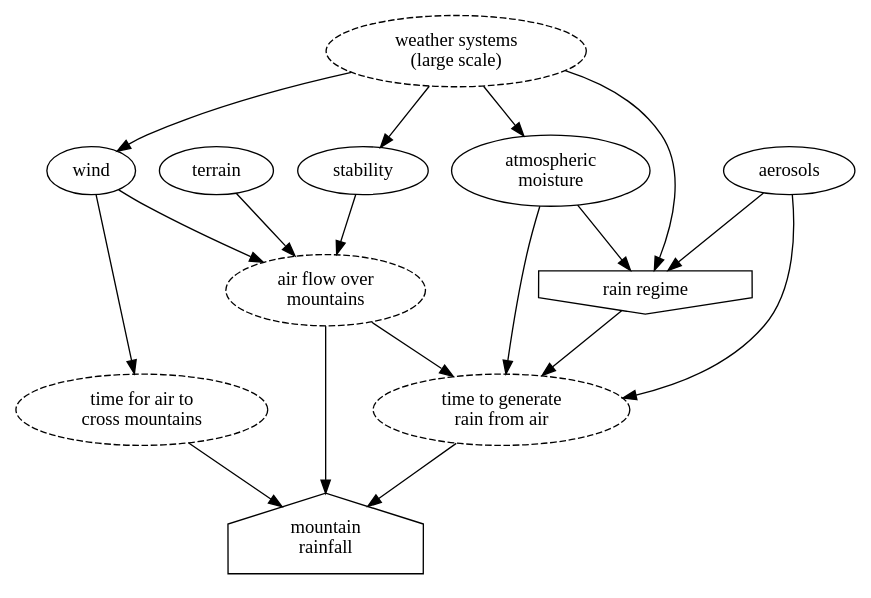
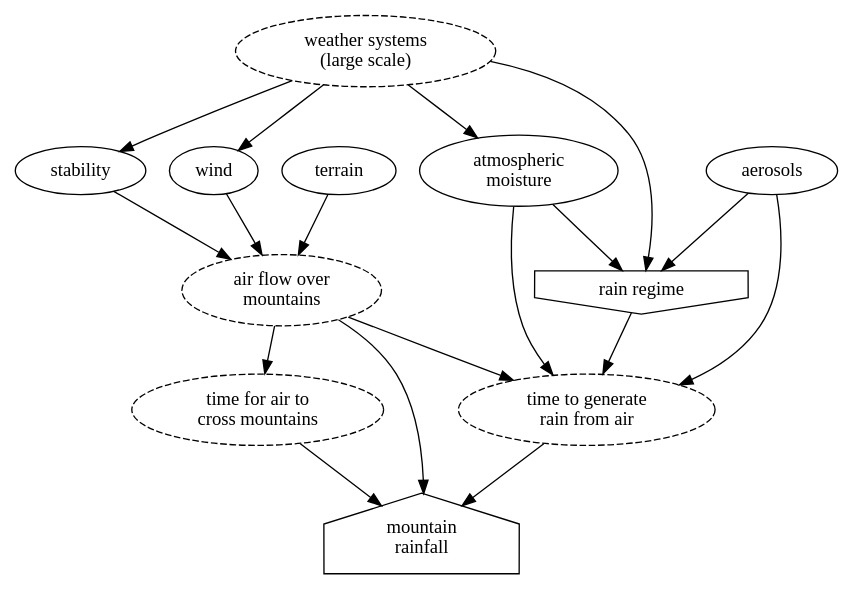
Before and after one commit to massma/website: the diagram in website-src/dot/ccope.dot, drawn with Graphviz. The commit also changed 8 other files, not shown here.

```diff
--- a/website-src/dot/ccope.dot
+++ b/website-src/dot/ccope.dot
@@ -1,34 +1,34 @@
 digraph G {
 	synopticForcing[label="weather systems\n(large scale)", style="dashed"];
 	orographicLift[label="air flow over\nmountains", style="dashed"];
 	cloudTimescale[label="time to generate\nrain from air", style="dashed"];
 	advectionTimescale[label="time for air to\ncross mountains", style="dashed"];
 	rainRegime[label="rain regime", shape="invhouse"];
 	orographicEnhancement[label="mountain\nrainfall", shape="house"];
 	stability[label="stability"];
 	wind[label="wind"];
 	aerosols[label="aerosols"];
 	terrain[label="terrain"];
 	columnWater[label="atmospheric\nmoisture"];
 
 
 	aerosols -> rainRegime;
 	aerosols -> cloudTimescale;
 	rainRegime -> cloudTimescale;
 	synopticForcing -> rainRegime;
 	synopticForcing -> stability;
 	synopticForcing -> wind;
 	synopticForcing -> columnWater;
 	columnWater -> cloudTimescale;
 	columnWater -> rainRegime;
 	orographicLift -> cloudTimescale;
 	stability -> orographicLift;
 	wind -> orographicLift;
 	terrain -> orographicLift;
-	wind -> advectionTimescale;
+	orographicLift -> advectionTimescale;
 	cloudTimescale -> orographicEnhancement;
 	advectionTimescale -> orographicEnhancement;
 	orographicLift -> orographicEnhancement;
 
 
 }
```
